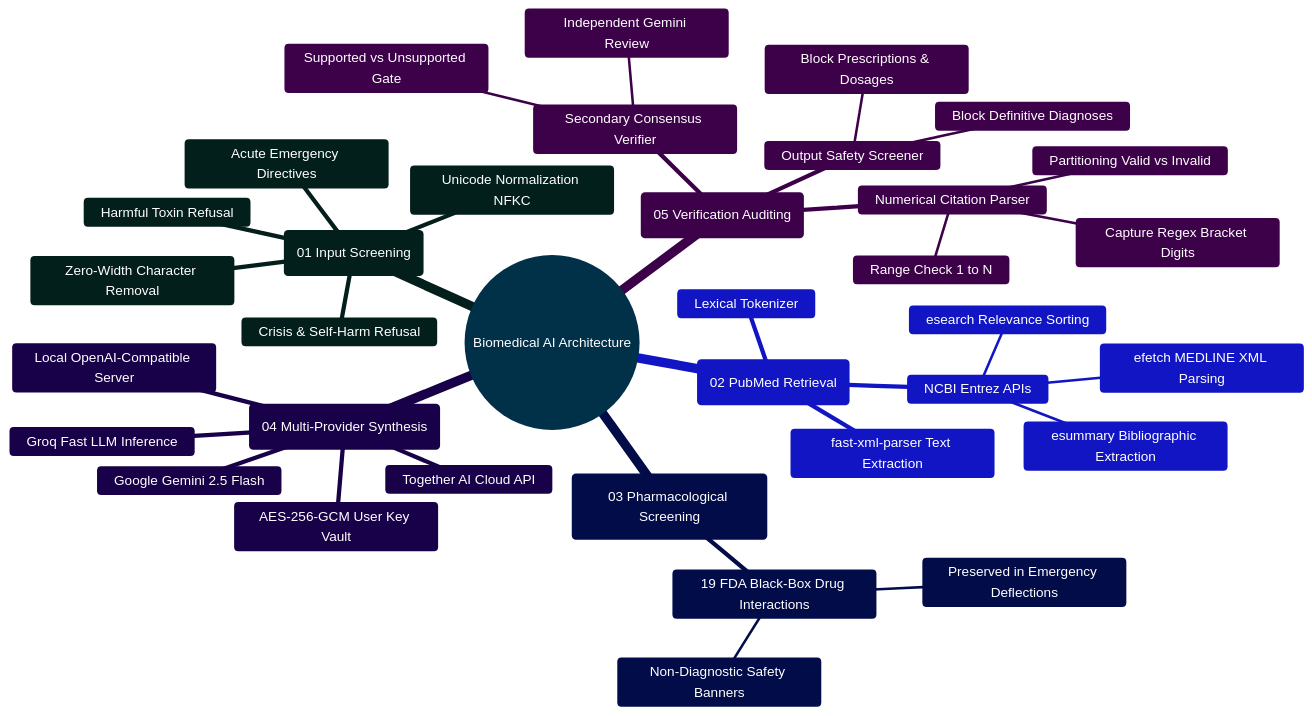
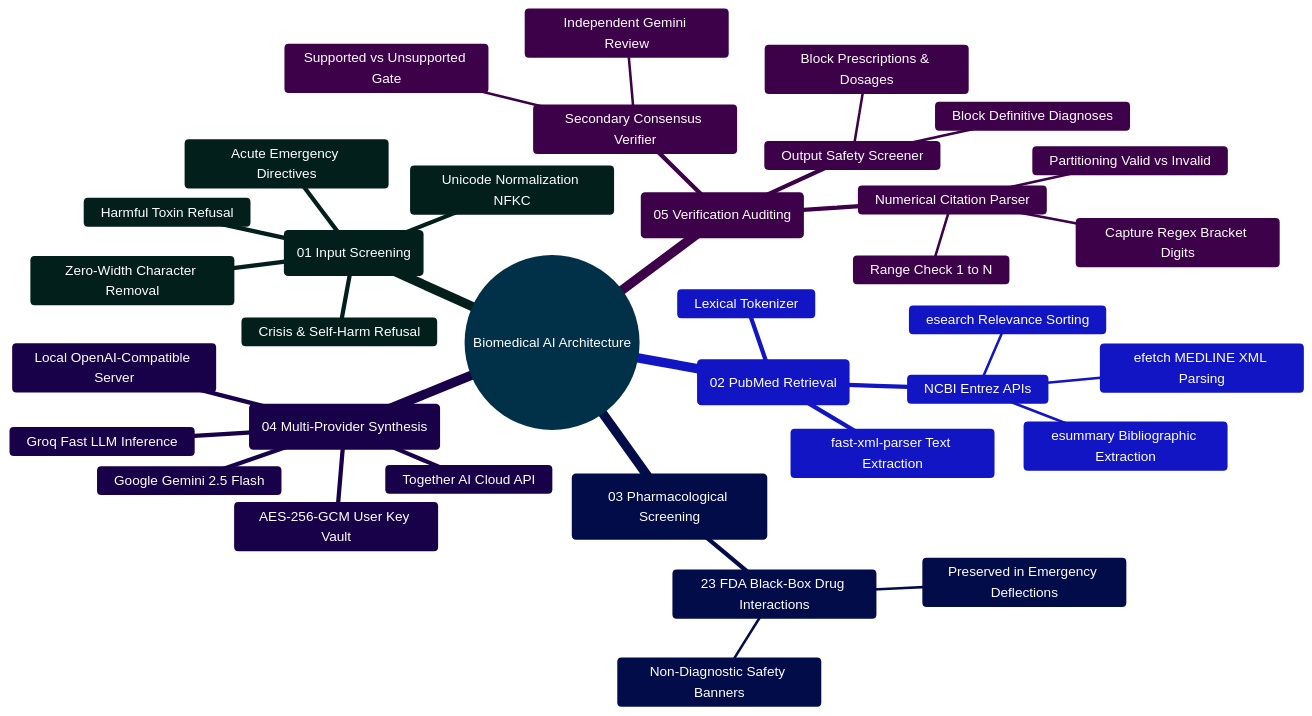
Before and after one commit to Ganesh172919/React-App-LLM: the first of 3 diagrams in docs/AI_ARCHITECTURE_AND_WORKING_PRINCIPLES.md, drawn with Mermaid. The commit also changed other lines of this file and 67 other files, not shown here.

````diff
--- a/docs/AI_ARCHITECTURE_AND_WORKING_PRINCIPLES.md
+++ b/docs/AI_ARCHITECTURE_AND_WORKING_PRINCIPLES.md
@@ -92,40 +92,40 @@
 ```mermaid
 %%{init: {'theme': 'base', 'themeVariables': { 'primaryColor': '#0284c7', 'primaryTextColor': '#ffffff', 'primaryBorderColor': '#0369a1', 'lineColor': '#0284c7', 'secondaryColor': '#0d9488', 'tertiaryColor': '#6366f1' }}}%%
 mindmap
   root((Biomedical AI Architecture))
     ::icon(fa fa-stethoscope)
     (01 Input Screening)
       Unicode Normalization NFKC
       Zero-Width Character Removal
       Crisis & Self-Harm Refusal
       Harmful Toxin Refusal
       Acute Emergency Directives
     (02 PubMed Retrieval)
       Lexical Tokenizer
       NCBI Entrez APIs
         esearch Relevance Sorting
         esummary Bibliographic Extraction
         efetch MEDLINE XML Parsing
       fast-xml-parser Text Extraction
     (03 Pharmacological Screening)
-      19 FDA Black-Box Drug Interactions
+      23 FDA Black-Box Drug Interactions
         Preserved in Emergency Deflections
         Non-Diagnostic Safety Banners
     (04 Multi-Provider Synthesis)
       Google Gemini 2.5 Flash
       Groq Fast LLM Inference
       Together AI Cloud API
       Local OpenAI-Compatible Server
       AES-256-GCM User Key Vault
     (05 Verification Auditing)
       Numerical Citation Parser
         Capture Regex Bracket Digits
         Range Check 1 to N
         Partitioning Valid vs Invalid
       Secondary Consensus Verifier
         Independent Gemini Review
         Supported vs Unsupported Gate
       Output Safety Screener
         Block Prescriptions & Dosages
         Block Definitive Diagnoses
 ```
````
